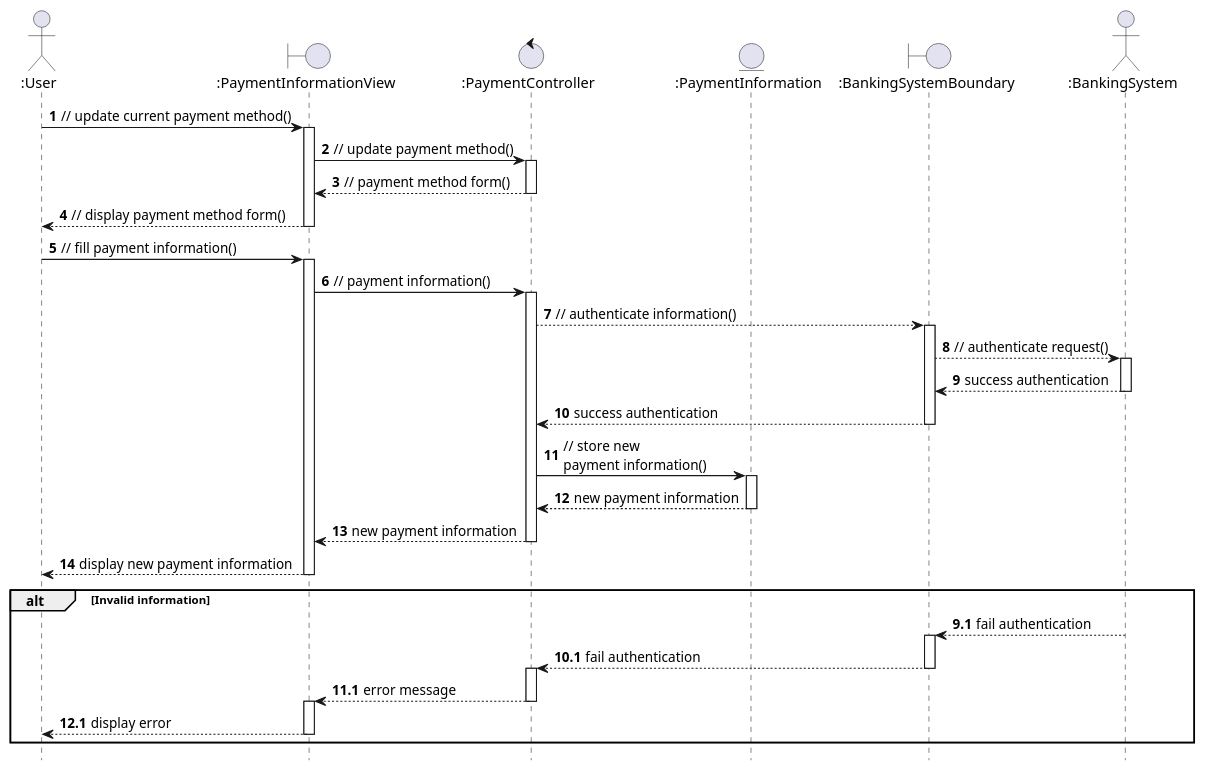
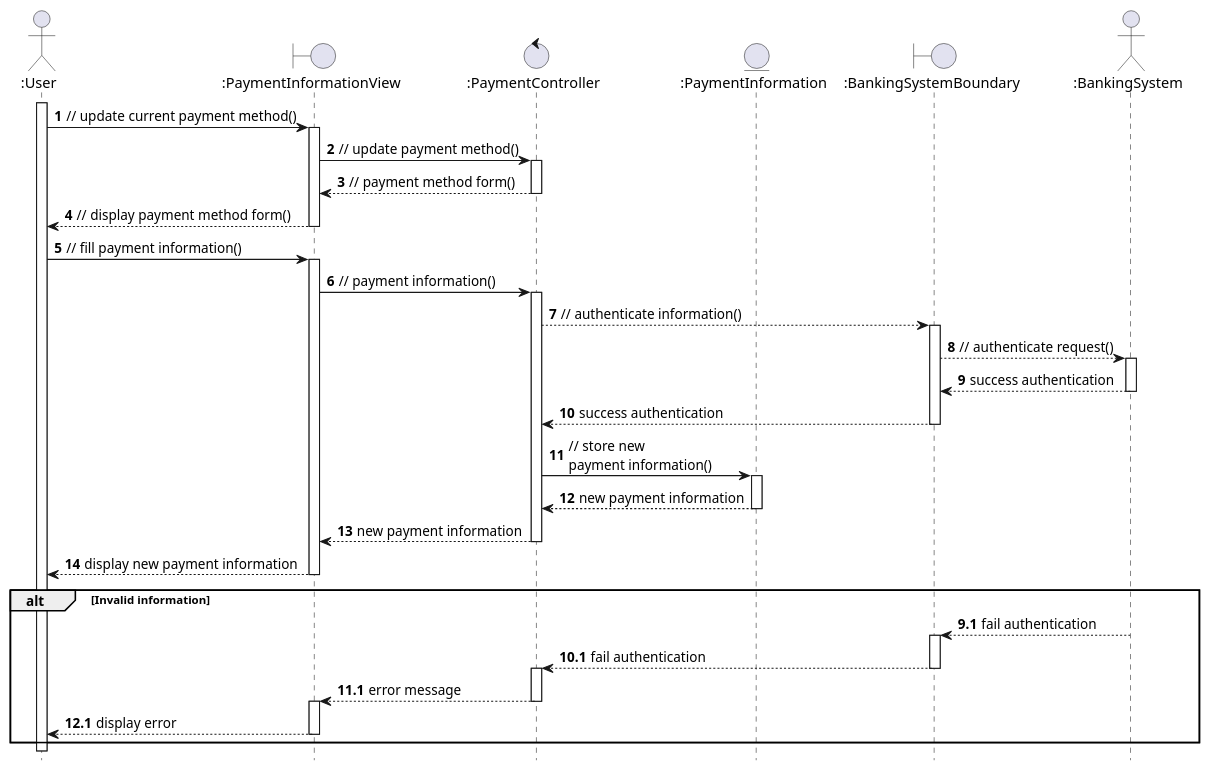
Before and after one commit to anhbanlinhle/velocity-exchange: the diagram in uml/analysis/sequence/update_payment_information.pu, drawn with PlantUML. The commit also changed 5 other files, not shown here.

```diff
--- a/uml/analysis/sequence/update_payment_information.pu
+++ b/uml/analysis/sequence/update_payment_information.pu
@@ -1,60 +1,61 @@
 @startuml
 hide footbox
 
 autonumber
 
 actor ":User" as User
 boundary ":PaymentInformationView" as PaymentInformationView
 control ":PaymentController" as PaymentController
 entity ":PaymentInformation" as PaymentInformation
 boundary ":BankingSystemBoundary" as BankingSystemBoundary
 actor ":BankingSystem" as BankingSystem
 
+User ++
   User -> PaymentInformationView : // update current payment method()
   activate PaymentInformationView
     PaymentInformationView -> PaymentController : // update payment method()
     activate PaymentController
       PaymentController --> PaymentInformationView: // payment method form()
     deactivate PaymentController
     PaymentInformationView --> User: // display payment method form()
   deactivate PaymentInformationView
   User -> PaymentInformationView: // fill payment information()
   activate PaymentInformationView
     PaymentInformationView -> PaymentController: // payment information()
     activate PaymentController
       PaymentController --> BankingSystemBoundary: // authenticate information()
       activate BankingSystemBoundary
         BankingSystemBoundary --> BankingSystem: // authenticate request()
         activate BankingSystem
           BankingSystem --> BankingSystemBoundary: success authentication
         deactivate BankingSystem
         BankingSystemBoundary --> PaymentController: success authentication
       deactivate BankingSystemBoundary
       PaymentController -> PaymentInformation: // store new \npayment information()
       activate PaymentInformation
         PaymentInformation --> PaymentController: new payment information
       deactivate PaymentInformation
       PaymentController --> PaymentInformationView: new payment information
     deactivate PaymentController
     PaymentInformationView --> User: display new payment information
   deactivate PaymentInformationView
 
 alt Invalid information
   autonumber 9.1
   BankingSystem --> BankingSystemBoundary: fail authentication
   autonumber inc A
   activate BankingSystemBoundary
     BankingSystemBoundary --> PaymentController: fail authentication
     autonumber inc A
   deactivate BankingSystemBoundary
   activate PaymentController
     PaymentController --> PaymentInformationView: error message
     autonumber inc A
   deactivate PaymentController
   activate PaymentInformationView
     PaymentInformationView --> User: display error
     autonumber inc A
   deactivate PaymentInformationView
 end
 
 @enduml
```
